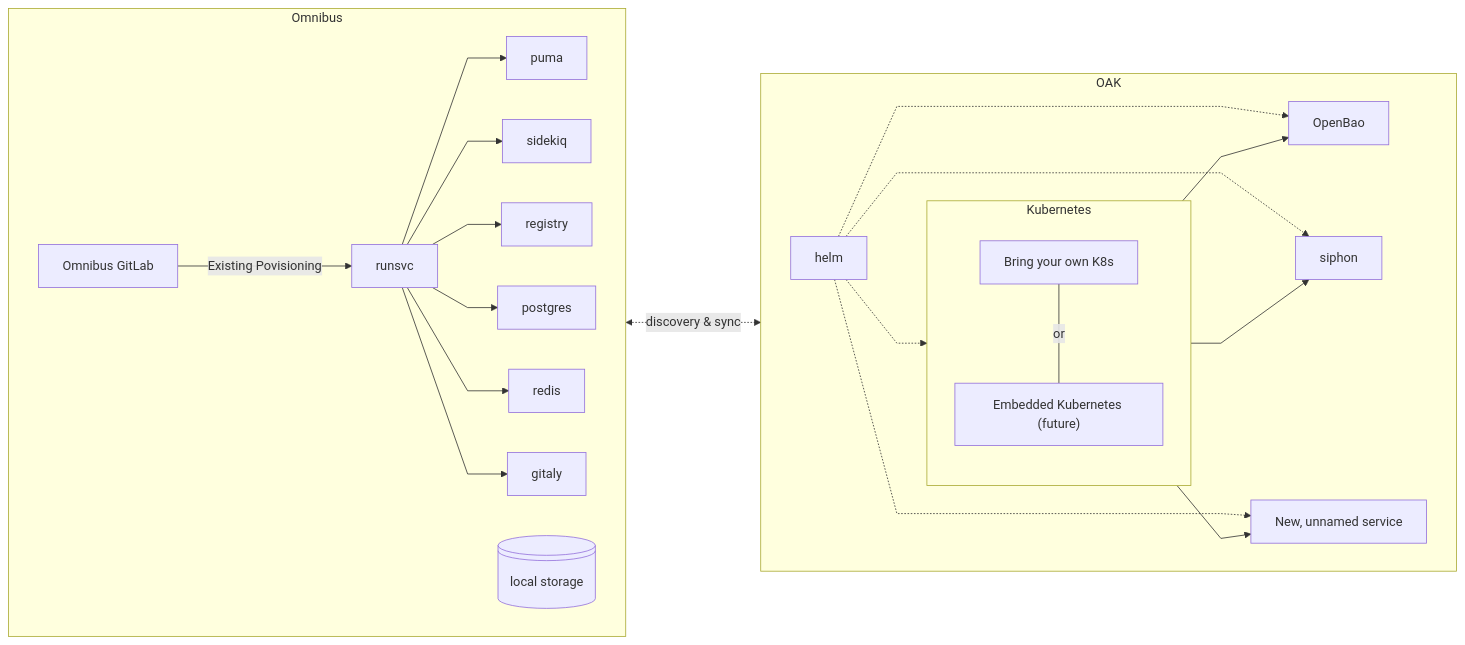
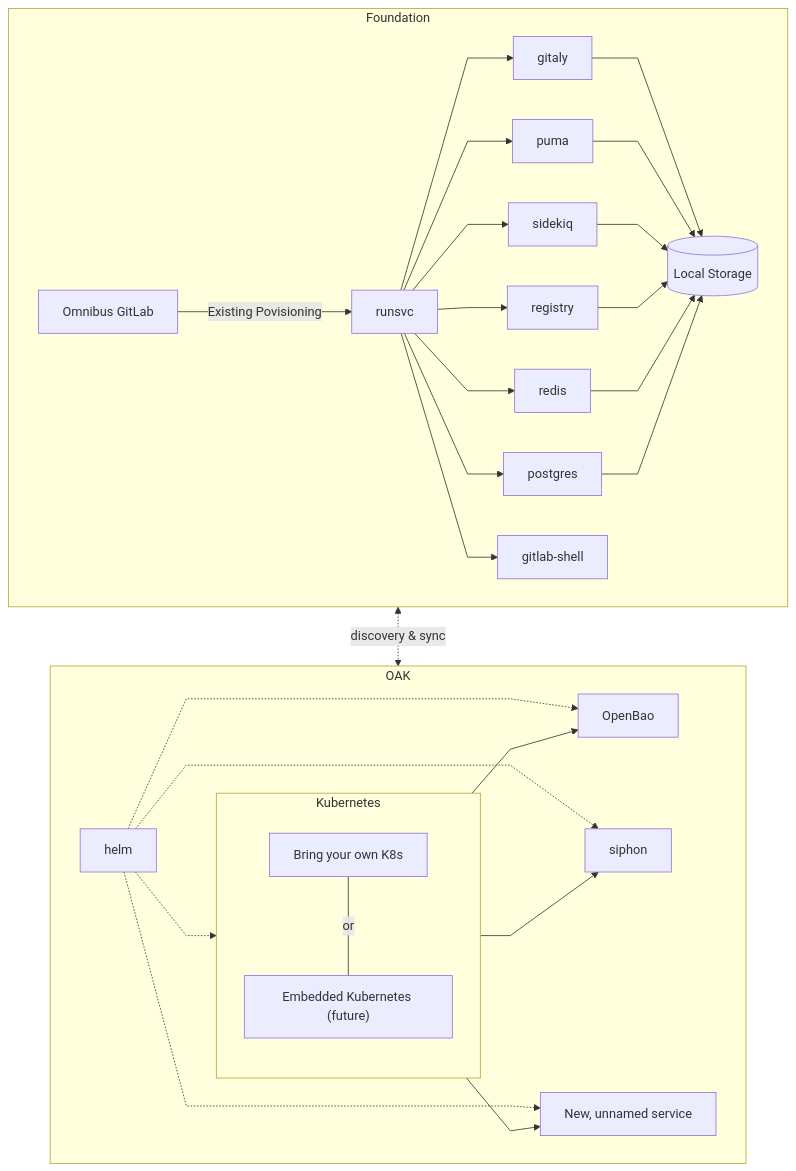
One commit to zalyoung/gitlab-handbook changed the third of 5 diagrams in content/handbook/engineering/architecture/design-documents/selfmanaged_segmentation/_index.md. Above: the diagram before and after it, drawn with Mermaid. The commit also changed other lines of this file, not shown here.

````diff
--- a/content/handbook/engineering/architecture/design-documents/selfmanaged_segmentation/_index.md
+++ b/content/handbook/engineering/architecture/design-documents/selfmanaged_segmentation/_index.md
@@ -178,44 +240,50 @@
 ```mermaid
 %%{ init: { 'flowchart': { 'curve': 'linear' } } }%%
-flowchart LR
+flowchart TB
 
     subgraph OAK
         direction LR
 
         subgraph k8s[Kubernetes]
             direction TB
             byok["Bring your own K8s"]
             ek8s["Embedded Kubernetes (future)"]
 
             byok -- or --- ek8s
         end
 
         k8s --> ob[OpenBao]
         k8s --> siphon
         k8s --> ns["New, unnamed service"]
 
         helm -.-> k8s
         helm -.-> ob
         helm -.-> siphon
         helm -.-> ns
     end
 
-    subgraph Omnibus
+    subgraph foundation["Foundation"]
         direction LR
         obgl[Omnibus GitLab]
 
         obgl -- "Existing Povisioning" --> runsvc
 
         runsvc --> puma
         runsvc --> sidekiq
         runsvc --> registry
         runsvc --> postgres
         runsvc --> redis
         runsvc --> gitaly
+        runsvc --> gitlab-shell
 
-
-        localstore@{ shape: lin-cyl, label: "local storage" }
+        localstore[(Local Storage)]
+        gitaly -->localstore
+        puma -->localstore
+        sidekiq -->localstore
+        registry -->localstore
+        redis -->localstore
+        postgres -->localstore
     end
 
     obgl <-. discovery & sync .-> k8s
 ```
````
